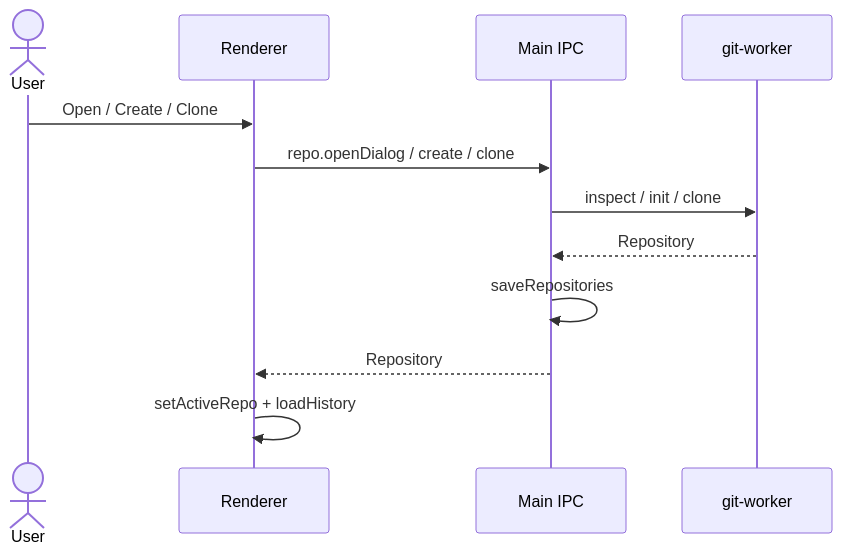
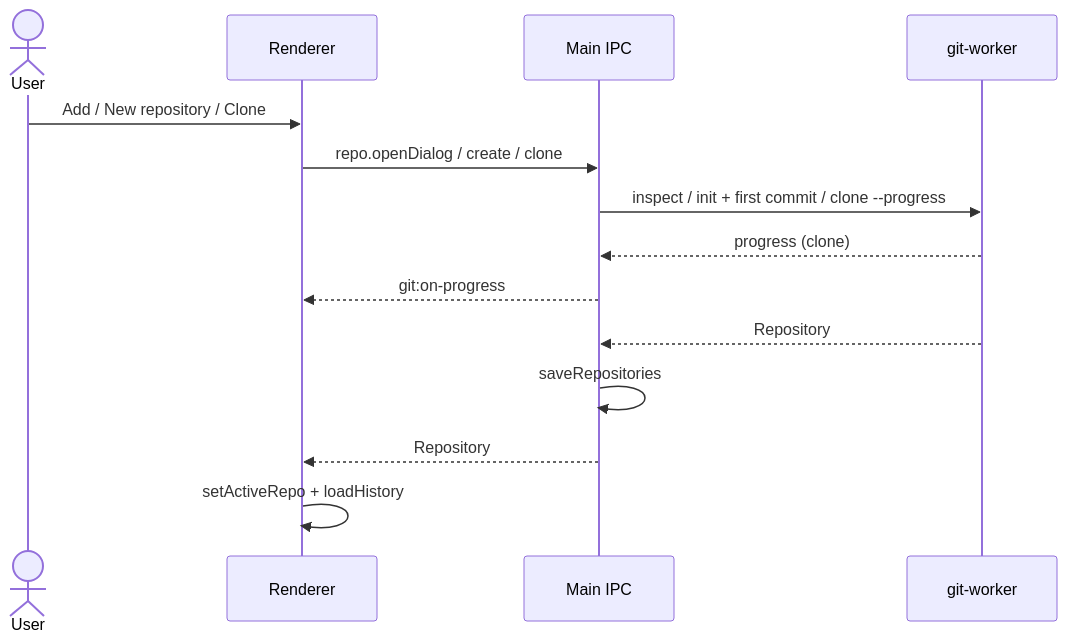
The diagram in docs/features/repository-management.md (Maks417/GitManager), drawn with Mermaid before and after one commit. The commit also changed other lines of this file and 72 other files, not shown here.

Commit message:
New repo + clone cancel + worktree removal + self-hosted GitLab + fixes

````diff
--- a/docs/features/repository-management.md
+++ b/docs/features/repository-management.md
@@ -42,14 +58,16 @@
 ```mermaid
 sequenceDiagram
   actor User
   participant UI as Renderer
   participant Main as Main IPC
   participant Git as git-worker
-  User->>UI: Open / Create / Clone
+  User->>UI: Add / New repository / Clone
   UI->>Main: repo.openDialog / create / clone
-  Main->>Git: inspect / init / clone
+  Main->>Git: inspect / init + first commit / clone --progress
+  Git-->>Main: progress (clone)
+  Main-->>UI: git:on-progress
   Git-->>Main: Repository
   Main->>Main: saveRepositories
   Main-->>UI: Repository
   UI->>UI: setActiveRepo + loadHistory
 ```
````
